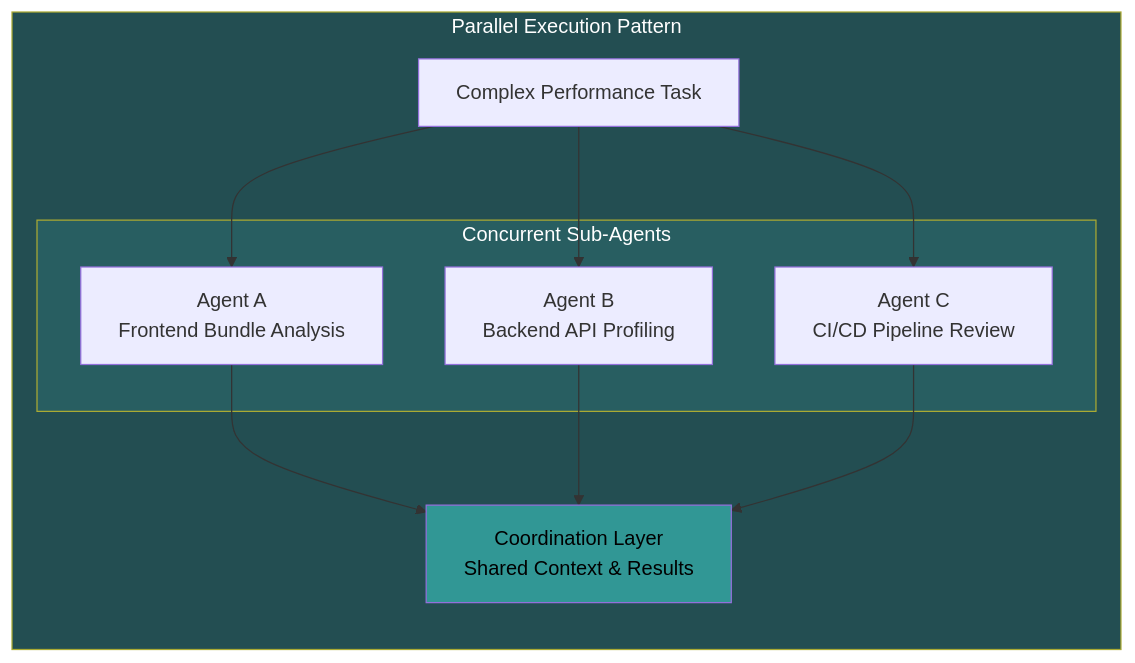
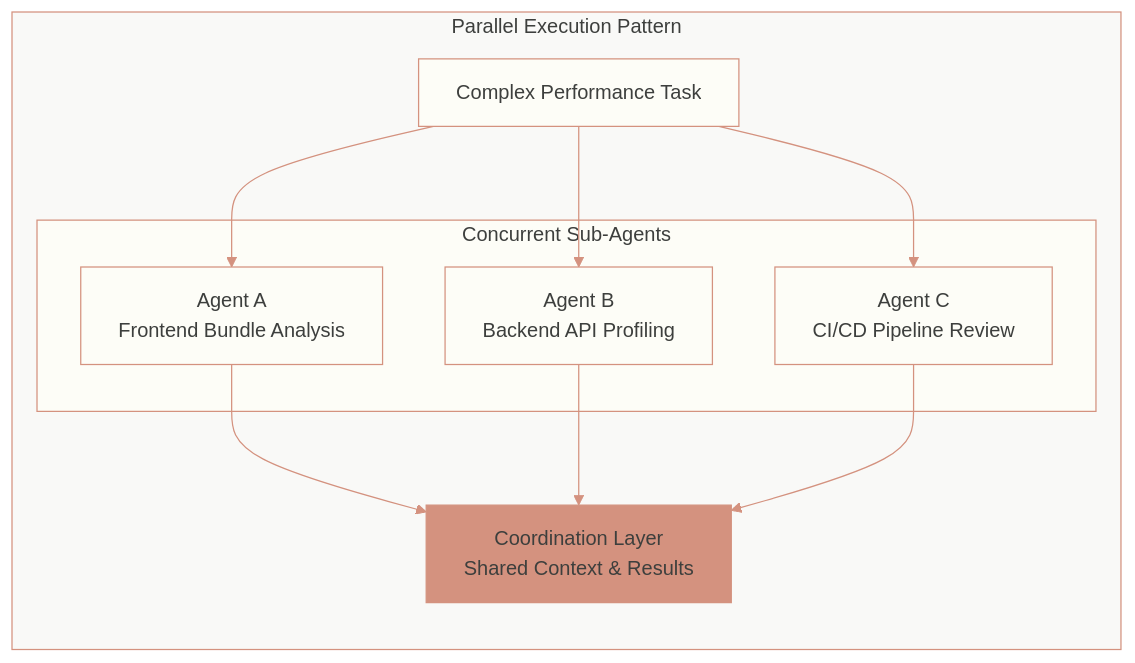
One commit to srikanth-paladugula/Learning changed the fifth of 5 diagrams in Agentic AI/ai-coding-agents-2026.md. Above: the diagram before and after it, drawn with Mermaid. The commit also changed other lines of this file, not shown here.

First line of the commit message:
Refactor mermaid diagrams and update links

````diff
--- a/Agentic AI/ai-coding-agents-2026.md
+++ b/Agentic AI/ai-coding-agents-2026.md
@@ -407,22 +412,23 @@
 ```mermaid
+%%{init: {"theme": "base", "themeVariables": {"background": "#f9f9f7", "primaryColor": "#fdfdf7", "primaryTextColor": "#3d3f3d", "primaryBorderColor": "#d4927f", "lineColor": "#d4927f", "secondaryColor": "#f9f9f7", "tertiaryColor": "#fdfdf7", "fontFamily": "Segoe UI, Arial, sans-serif"}}}%%
 flowchart TB
     subgraph Parallel["Parallel Execution Pattern"]
         direction TB
         Complex["Complex Performance Task"]
         
         subgraph Agents["Concurrent Sub-Agents"]
             A["Agent A<br/>Frontend Bundle Analysis"]
             B["Agent B<br/>Backend API Profiling"]
             C["Agent C<br/>CI/CD Pipeline Review"]
         end
         
         Coord["Coordination Layer<br/>Shared Context & Results"]
         
         Complex --> A & B & C
         A & B & C --> Coord
     end
     
-    style Parallel fill:#234e52,color:#fff
-    style Agents fill:#285e61,color:#fff
-    style Coord fill:#319795,color:#000
+    style Parallel fill:#f9f9f7,stroke:#d4927f,color:#3d3f3d
+    style Agents fill:#fdfdf7,stroke:#d4927f,color:#3d3f3d
+    style Coord fill:#d4927f,stroke:#d4927f,color:#3d3f3d
 ```
````
